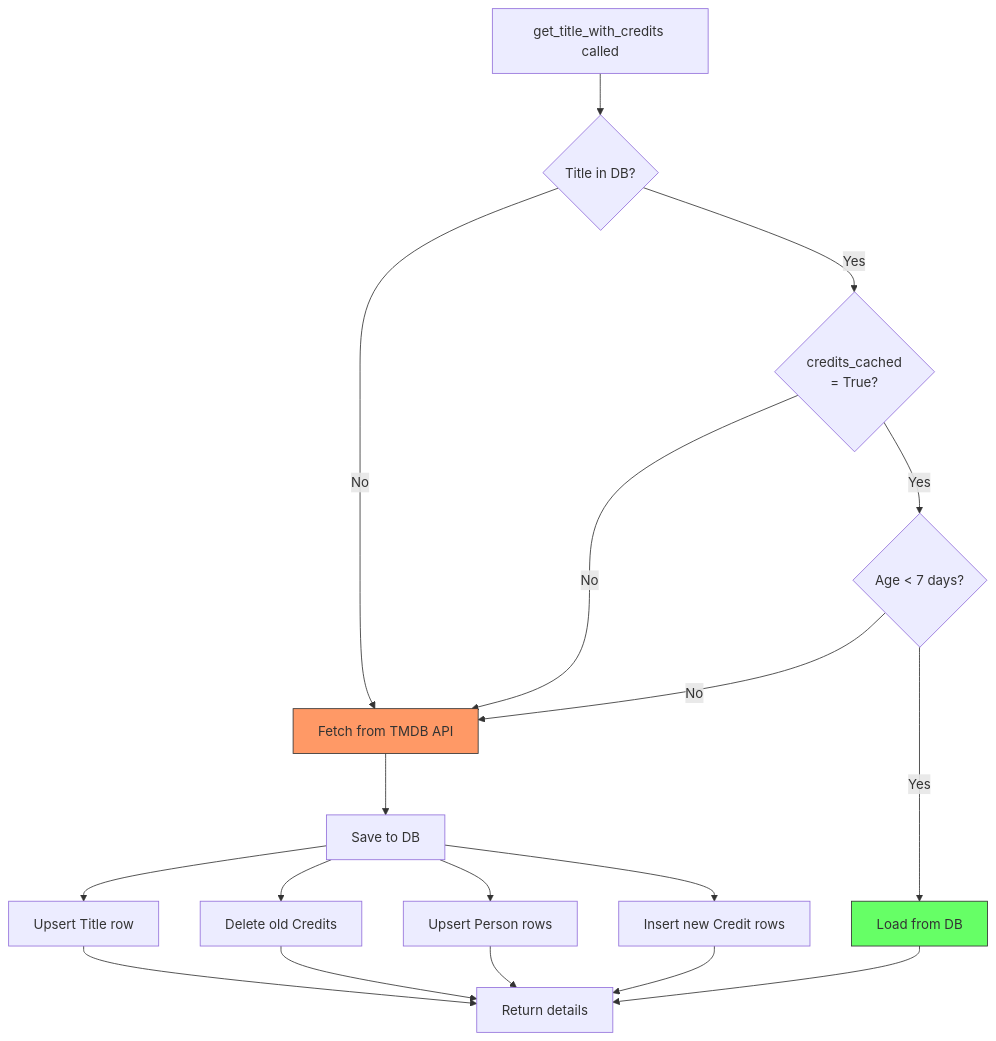
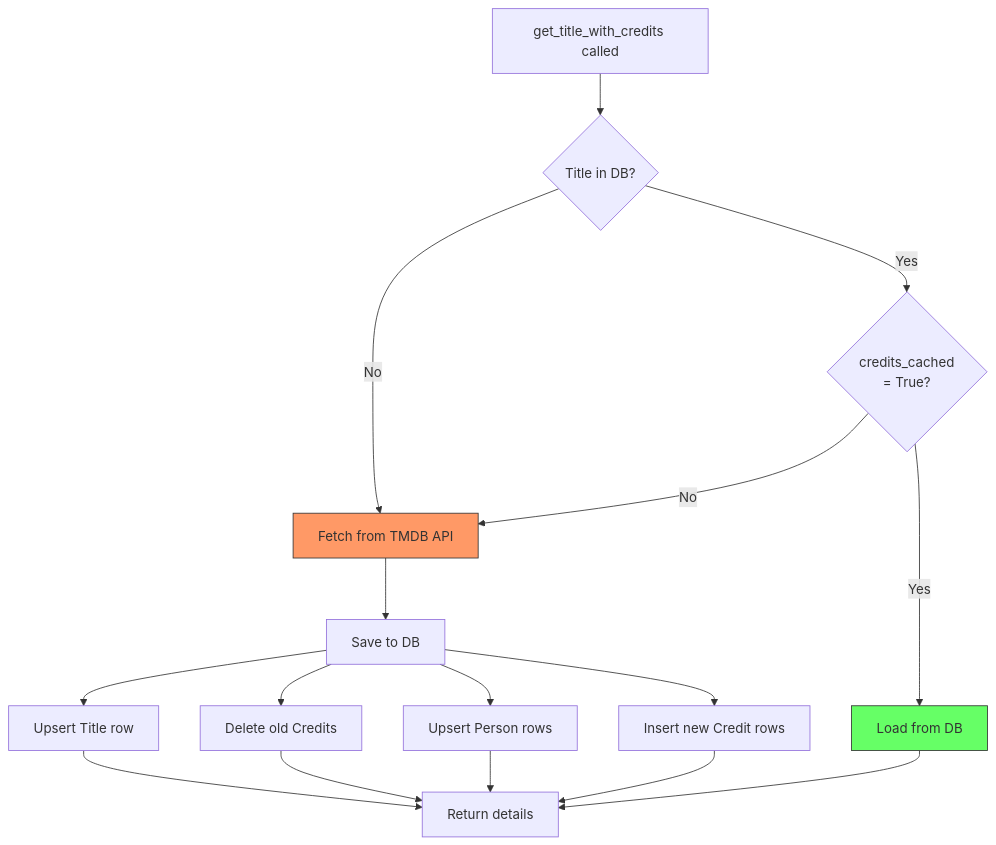
Before and after one commit to pixelperfect3/samecast: the fourth of 11 diagrams in ARCHITECTURE.md, drawn with Mermaid. The commit also changed other lines of this file and 2 other files, not shown here.

Commit message:
Remove 7-day cache TTL — cache credits permanently
Movie/TV credits don't change after release, so there's no need
to re-fetch from TMDB. Once cached, always serve from DB.

````diff
--- a/ARCHITECTURE.md
+++ b/ARCHITECTURE.md
@@ -213,21 +213,19 @@
 ```mermaid
 flowchart TD
     A[get_title_with_credits called] --> B{Title in DB?}
     B -->|No| D[Fetch from TMDB API]
     B -->|Yes| C{credits_cached<br/>= True?}
     C -->|No| D
-    C -->|Yes| E{Age < 7 days?}
-    E -->|No| D[Fetch from TMDB API]
-    E -->|Yes| F[Load from DB]
+    C -->|Yes| F[Load from DB]
 
     D --> G[Save to DB]
     G --> H[Upsert Title row]
     G --> I[Delete old Credits]
     G --> J[Upsert Person rows]
     G --> K[Insert new Credit rows]
     H & I & J & K --> L[Return details]
     F --> L
 
     style D fill:#f96,stroke:#333
     style F fill:#6f6,stroke:#333
 ```
````
